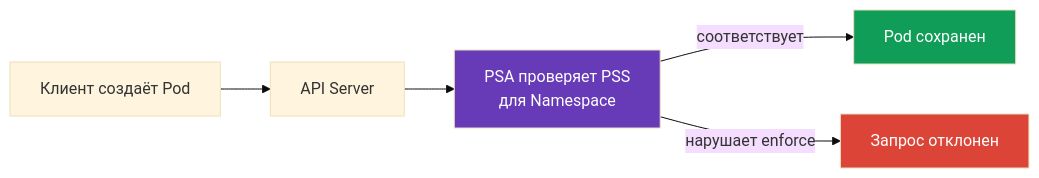
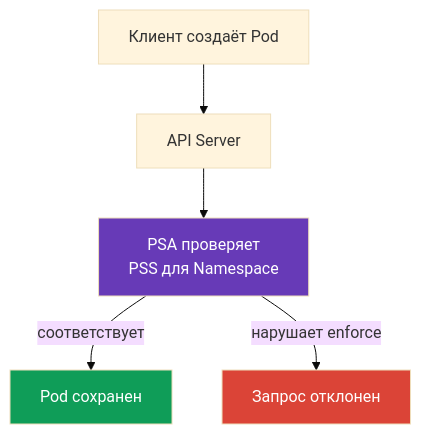
The diagram in tasks/kcsa/course/11/ru.md (ViktorUJ/cks), drawn with Mermaid (base theme) before and after one commit. The commit also changed other lines of this file and 60 other files, not shown here.

````diff
--- a/tasks/kcsa/course/11/ru.md
+++ b/tasks/kcsa/course/11/ru.md
@@ -15,11 +21,10 @@
 ```mermaid
-flowchart LR
+flowchart TB
     client["Клиент создаёт Pod"] --> api["API Server"]
-    api --> psa["PSA проверяет PSS
-для Namespace"]
+    api --> psa["PSA проверяет<br/>PSS для Namespace"]
     psa -->|"соответствует"| stored["Pod сохранен"]
     psa -->|"нарушает enforce"| denied["Запрос отклонен"]
     style psa fill:#673ab7,color:#fff
     style stored fill:#0f9d58,color:#fff
     style denied fill:#db4437,color:#fff
 ```
````
